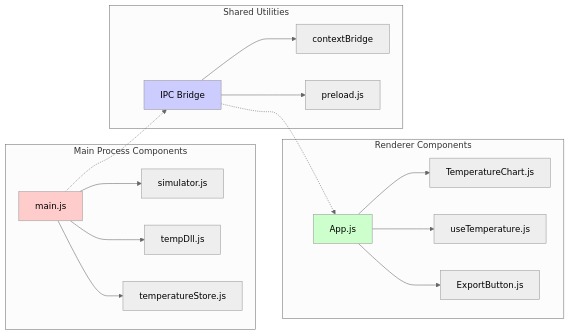
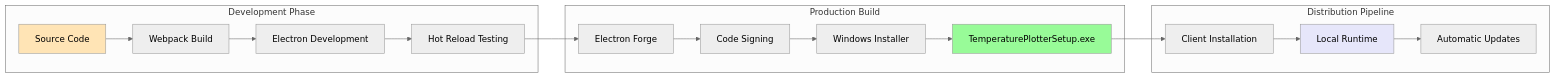
One commit to Interlaken0/temperature-plotter changed the seventh of 14 diagrams in docs/system-architecture.md. Above: the diagram before and after it, drawn with Mermaid (neutral theme). The commit also changed other lines of this file and 1 other file, not shown here.

````diff
--- a/docs/system-architecture.md
+++ b/docs/system-architecture.md
@@ -72,26 +227,26 @@
 ```mermaid
-graph LR
-    subgraph "Main Process Components"
-        A[main.js] --> B[simulator.js]
-        A --> C[tempDll.js]
-        A --> D[temperatureStore.js]
+flowchart LR
+    subgraph "Development Phase"
+        A[Source Code] --> B[Webpack Build]
+        B --> C[Electron Development]
+        C --> D[Hot Reload Testing]
     end
     
-    subgraph "Renderer Components"
-        E[App.js] --> F[TemperatureChart.js]
-        E --> G[useTemperature.js]
-        E --> H[ExportButton.js]
+    subgraph "Production Build"
+        E[Electron Forge] --> F[Code Signing]
+        F --> G[Windows Installer]
+        G --> H[TemperaturePlotterSetup.exe]
     end
     
-    subgraph "Shared Utilities"
-        I[IPC Bridge] --> J[contextBridge]
-        I --> K[preload.js]
+    subgraph "Distribution Pipeline"
+        H --> I[Client Installation]
+        I --> J[Local Runtime]
+        J --> K[Automatic Updates]
     end
     
-    A -.-> I
-    I -.-> E
+    D --> E
     
-    style A fill:#ffcccc
-    style E fill:#ccffcc
-    style I fill:#ccccff
+    style A fill:#FFE4B5
+    style H fill:#98FB98
+    style J fill:#E6E6FA
 ```
````
